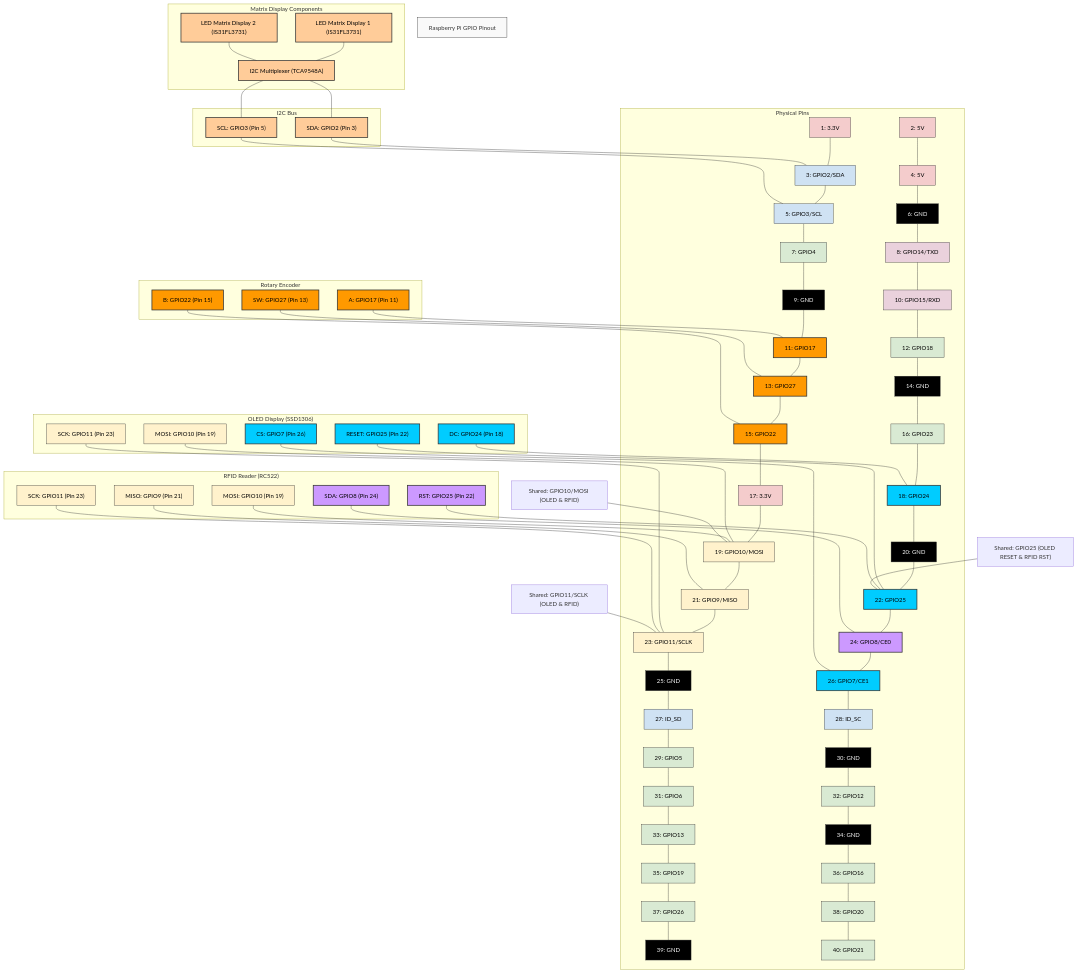
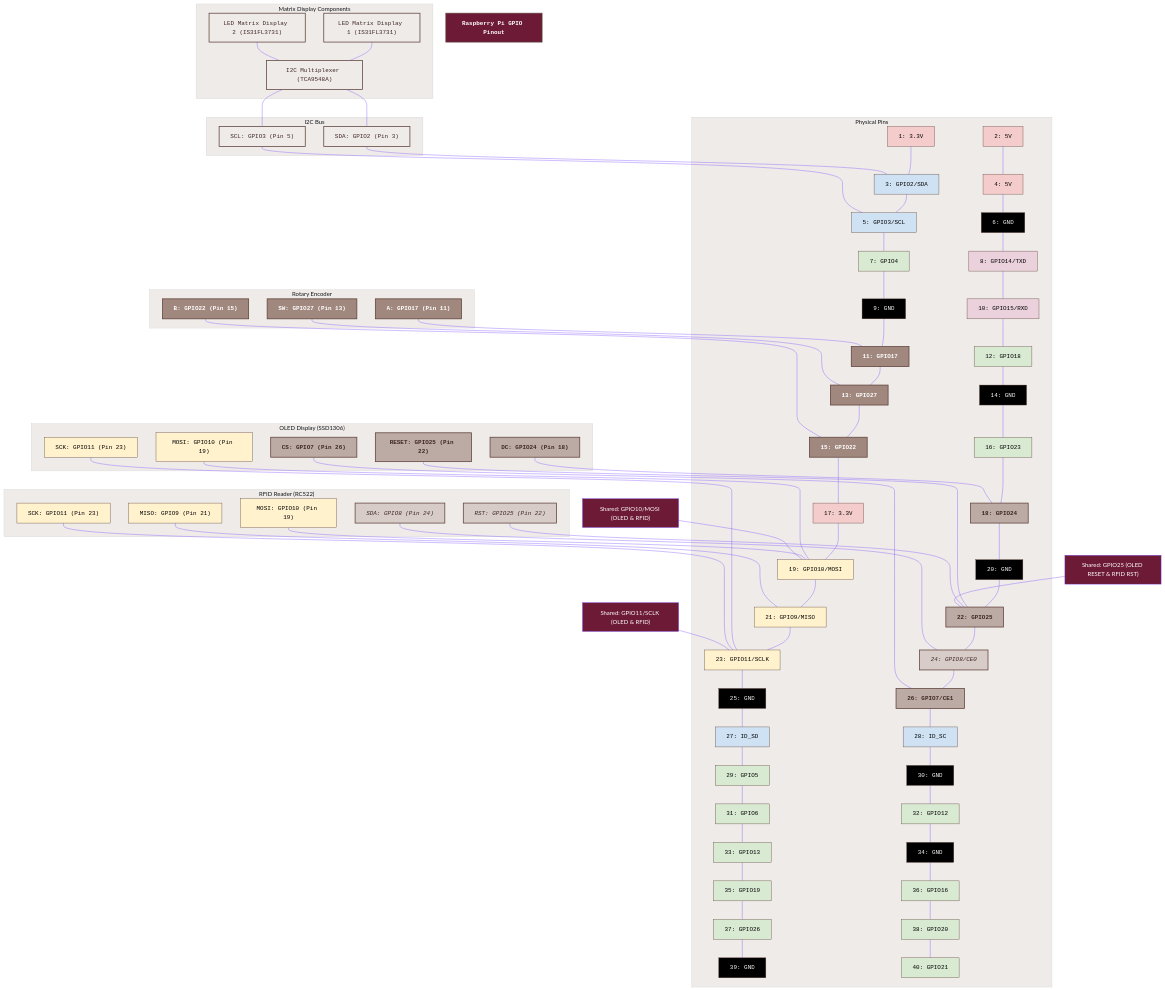
Before and after one commit to declanshanaghy/gwent: the diagram in SETUP_INSTRUCTIONS.md, drawn with Mermaid. The commit also changed 6 other files, not shown here.

First line of the commit message:
Add mermaid style guide and apply to all diagrams

````diff
--- a/SETUP_INSTRUCTIONS.md
+++ b/SETUP_INSTRUCTIONS.md
@@ -62,17 +62,31 @@
 ```mermaid
+%%{init: {
+  'theme': 'base',
+  'themeVariables': {
+    'primaryColor': '#6d1a36',
+    'primaryTextColor': '#fff',
+    'primaryBorderColor': '#7C4DFF',
+    'lineColor': '#7C4DFF',
+    'secondaryColor': '#D7CCC8',
+    'tertiaryColor': '#EFEBE9',
+    'fontFamily': 'Courier New',
+    'fontSize': '16px'
+  }
+}}%%
+
 graph TB
-    classDef header fill:#f9f9f9,stroke:#333,stroke-width:1px
-    classDef power fill:#f4cccc,stroke:#333,stroke-width:1px,color:#000
-    classDef ground fill:#000000,stroke:#333,stroke-width:1px,color:#fff
-    classDef gpio fill:#d9ead3,stroke:#333,stroke-width:1px,color:#000
-    classDef spi fill:#fff2cc,stroke:#333,stroke-width:1px,color:#000
-    classDef i2c fill:#cfe2f3,stroke:#333,stroke-width:1px,color:#000
-    classDef uart fill:#ead1dc,stroke:#333,stroke-width:1px,color:#000
-    classDef rotary fill:#ff9900,stroke:#333,stroke-width:2px,color:#000
-    classDef oled fill:#00ccff,stroke:#333,stroke-width:2px,color:#000
-    classDef rfid fill:#cc99ff,stroke:#333,stroke-width:2px,color:#000
-    classDef i2cbus fill:#ffcc99,stroke:#333,stroke-width:2px,color:#000
-    classDef matrix fill:#99cc00,stroke:#333,stroke-width:2px,color:#000
+    classDef header fill:#6d1a36,stroke:#5D4037,stroke-width:2px,color:#fff,font-family:'Courier New',font-weight:bold
+    classDef power fill:#f4cccc,stroke:#5D4037,stroke-width:1px,color:#000,font-family:'Courier New'
+    classDef ground fill:#000000,stroke:#5D4037,stroke-width:1px,color:#fff,font-family:'Courier New'
+    classDef gpio fill:#d9ead3,stroke:#5D4037,stroke-width:1px,color:#000,font-family:'Courier New'
+    classDef spi fill:#fff2cc,stroke:#5D4037,stroke-width:1px,color:#000,font-family:'Courier New'
+    classDef i2c fill:#cfe2f3,stroke:#5D4037,stroke-width:1px,color:#000,font-family:'Courier New'
+    classDef uart fill:#ead1dc,stroke:#5D4037,stroke-width:1px,color:#000,font-family:'Courier New'
+    classDef rotary fill:#A1887F,stroke:#5D4037,stroke-width:2px,color:#fff,font-family:'Courier New',font-weight:bold
+    classDef oled fill:#BCAAA4,stroke:#5D4037,stroke-width:2px,color:#3E2723,font-family:'Courier New',font-weight:bold
+    classDef rfid fill:#D7CCC8,stroke:#5D4037,stroke-width:2px,color:#3E2723,font-family:'Courier New',font-style:italic
+    classDef i2cbus fill:#EFEBE9,stroke:#5D4037,stroke-width:2px,color:#3E2723,font-family:'Courier New'
+    classDef matrix fill:#F5F5F5,stroke:#5D4037,stroke-width:2px,color:#3E2723,font-family:'Courier New'
     
     %% Header row
     header["Raspberry Pi GPIO Pinout"]:::header
````
